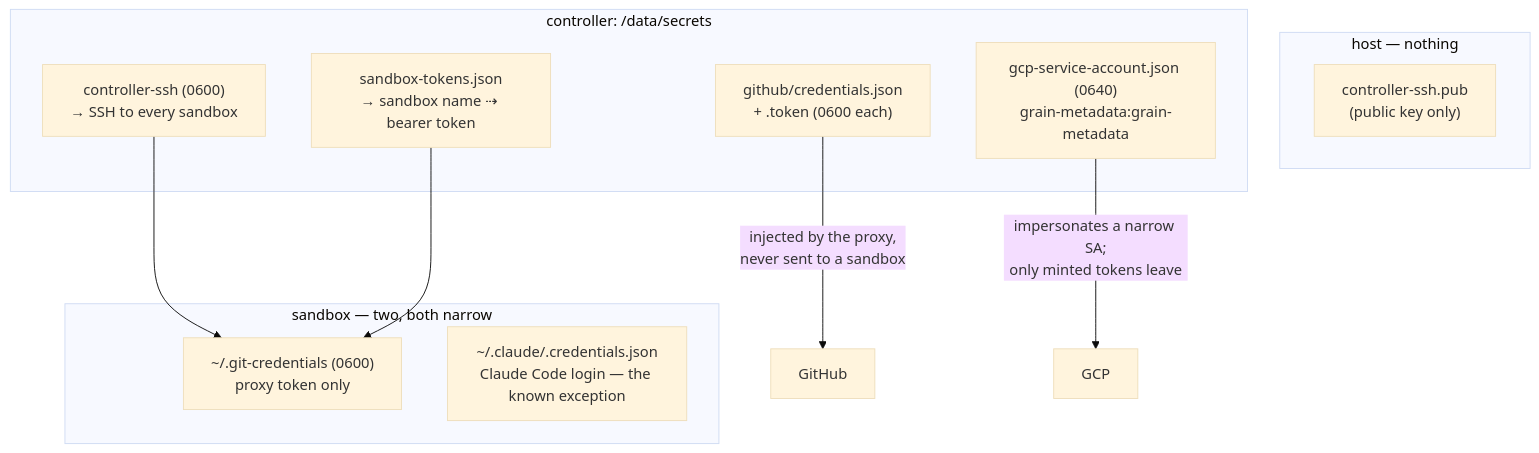
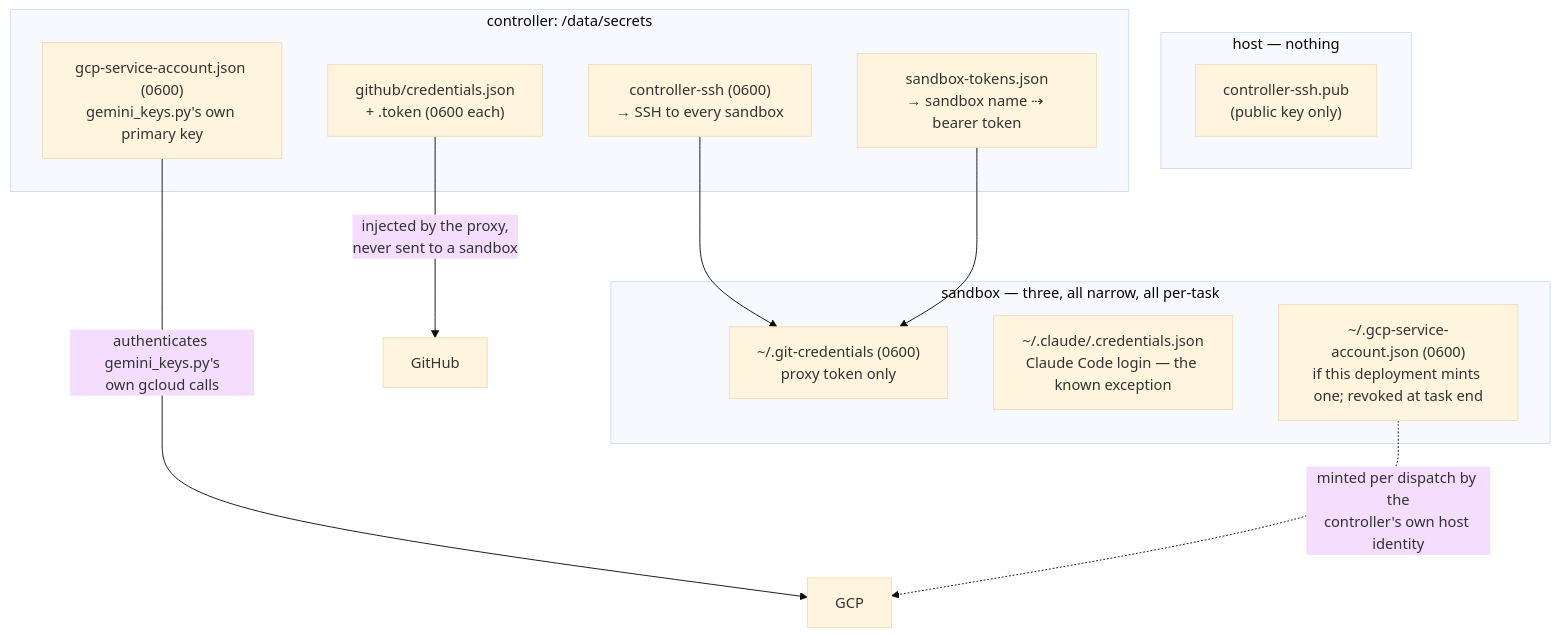
One commit to bwsalmon/grain changed the third of 5 diagrams in docs/system-diagram.md. Above: the diagram before and after it, drawn with Mermaid (base theme). The commit also changed other lines of this file and 44 other files, not shown here.

````diff
--- a/docs/system-diagram.md
+++ b/docs/system-diagram.md
@@ -222,23 +216,25 @@
 ```mermaid
 flowchart TB
     subgraph nohost["host — nothing"]
         pk["controller-ssh.pub<br/>(public key only)"]
     end
 
     subgraph data["controller: /data/secrets"]
         ssh["controller-ssh (0600)<br/>→ SSH to every sandbox"]
         tok["sandbox-tokens.json<br/>→ sandbox name ⇢ bearer token"]
         ghc["github/credentials.json<br/>+ <name>.token (0600 each)"]
-        gcpk["gcp-service-account.json (0640)<br/>grain-metadata:grain-metadata"]
+        gcpk["gcp-service-account.json (0600)<br/>gemini_keys.py's own primary key"]
     end
 
-    subgraph sbsec["sandbox — two, both narrow"]
+    subgraph sbsec["sandbox — three, all narrow, all per-task"]
         gitcred["~/.git-credentials (0600)<br/>proxy token only"]
         claudecred["~/.claude/.credentials.json<br/>Claude Code login — the known exception"]
+        gcpsec["~/.gcp-service-account.json (0600)<br/>if this deployment mints one; revoked at task end"]
     end
 
     ssh --> gitcred
     tok --> gitcred
     ghc -->|"injected by the proxy,<br/>never sent to a sandbox"| ghout["GitHub"]
-    gcpk -->|"impersonates a narrow SA;<br/>only minted tokens leave"| gcpout["GCP"]
+    gcpk -->|"authenticates gemini_keys.py's<br/>own gcloud calls"| gcpout["GCP"]
+    gcpsec -.->|"minted per dispatch by the<br/>controller's own host identity"| gcpout
 ```
````
